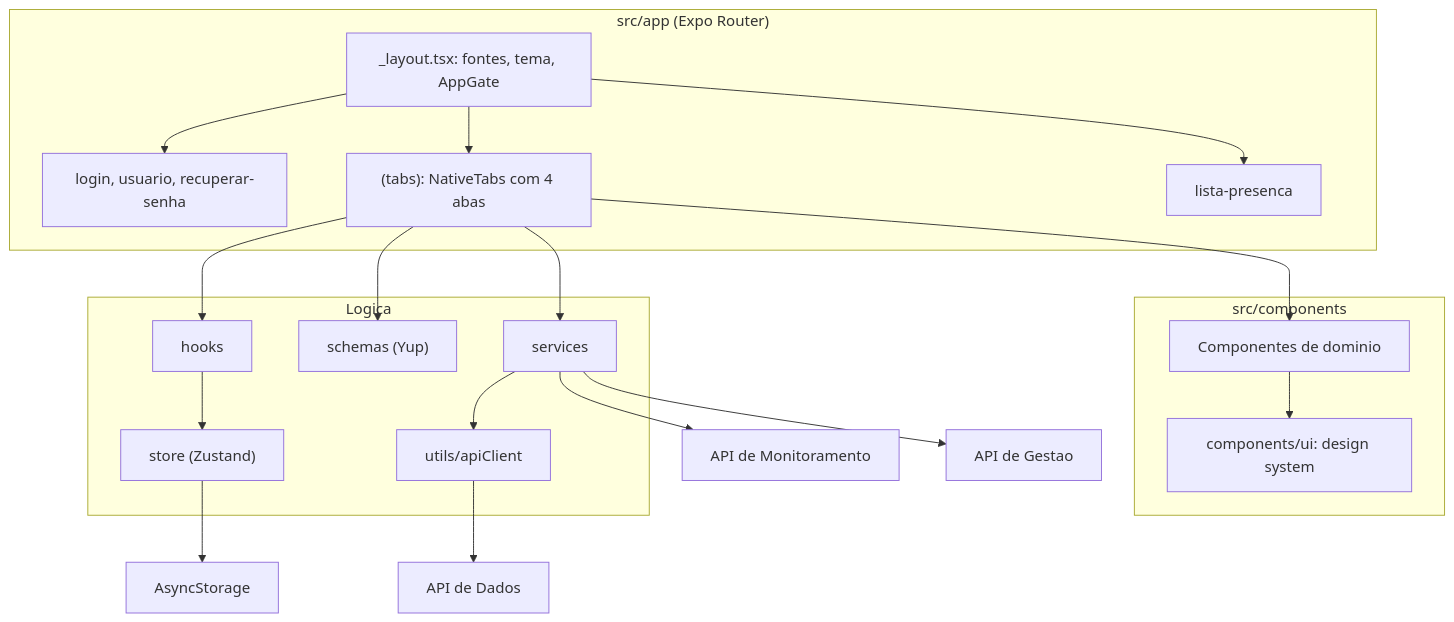
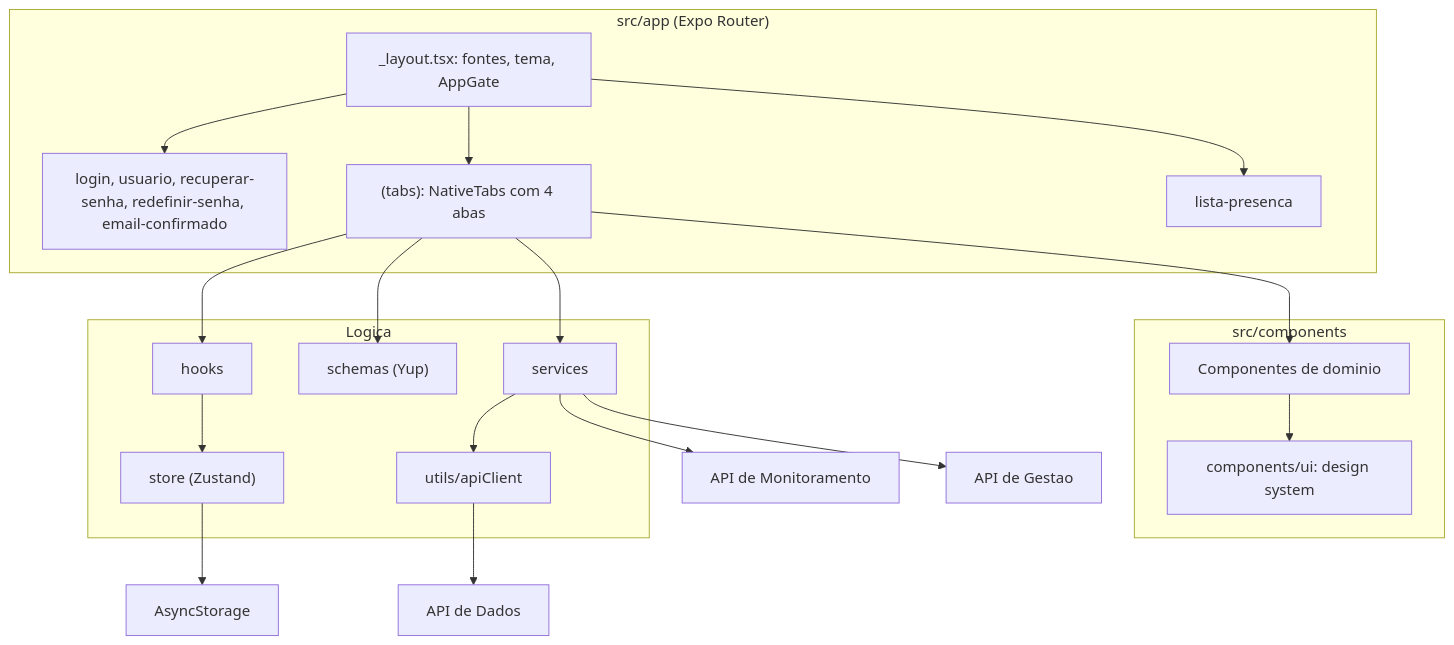
Before and after one commit to MiguelIFSP/BRTPDS2-PROJETO-E-DESENVOLVIMENTO-DE-SISTEMAS-2: the first of 2 diagrams in sistema/better-meet/aidlc-docs/inception/reverse-engineering/architecture.md, drawn with Mermaid. The commit also changed other lines of this file and 14 other files, not shown here.

````diff
--- a/sistema/better-meet/aidlc-docs/inception/reverse-engineering/architecture.md
+++ b/sistema/better-meet/aidlc-docs/inception/reverse-engineering/architecture.md
@@ -8,34 +13,34 @@
 ```mermaid
 flowchart TD
     subgraph Rotas["src/app (Expo Router)"]
         Layout["_layout.tsx: fontes, tema, AppGate"]
-        Publicas["login, usuario, recuperar-senha"]
+        Publicas["login, usuario, recuperar-senha, redefinir-senha, email-confirmado"]
         Tabs["(tabs): NativeTabs com 4 abas"]
         Presenca["lista-presenca"]
     end
     subgraph UI["src/components"]
         Dominio["Componentes de dominio"]
         Ui["components/ui: design system"]
     end
     subgraph Logica["Logica"]
         Hooks["hooks"]
         Schemas["schemas (Yup)"]
         Services["services"]
         Stores["store (Zustand)"]
         Utils["utils/apiClient"]
     end
     Layout --> Publicas
     Layout --> Tabs
     Layout --> Presenca
     Tabs --> Dominio
     Dominio --> Ui
     Tabs --> Hooks
     Tabs --> Services
     Tabs --> Schemas
     Hooks --> Stores
     Services --> Utils
     Utils --> ApiDados["API de Dados"]
     Services --> ApiMon["API de Monitoramento"]
     Services --> ApiGestao["API de Gestao"]
     Stores --> Storage["AsyncStorage"]
 ```
````
